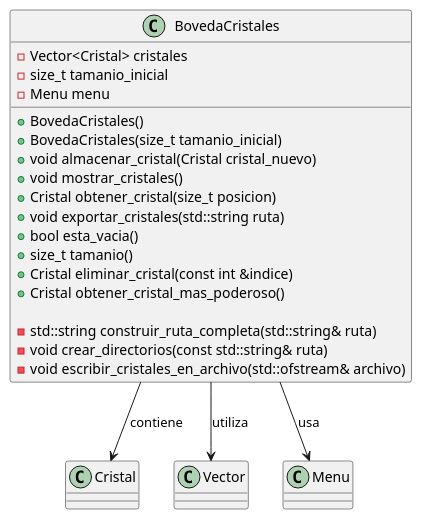
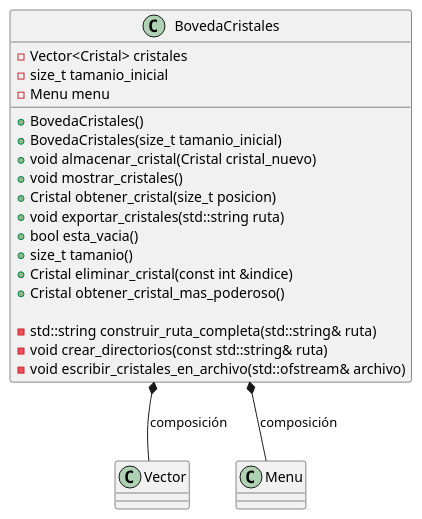
Before and after one commit to guillsil/Transformers-Game: the diagram in Diagramas-UML/BovedaCristales.puml, drawn with PlantUML. The commit also changed 8 other files, not shown here.

```diff
--- a/Diagramas-UML/BovedaCristales.puml
+++ b/Diagramas-UML/BovedaCristales.puml
@@ -1,32 +1,30 @@
 @startuml
 'https://plantuml.com/class-diagram
-class Cristal
 class Vector
 class Menu
 
 class BovedaCristales {
     - Vector<Cristal> cristales
     - size_t tamanio_inicial
     - Menu menu
 
     + BovedaCristales()
     + BovedaCristales(size_t tamanio_inicial)
     + void almacenar_cristal(Cristal cristal_nuevo)
     + void mostrar_cristales()
     + Cristal obtener_cristal(size_t posicion)
     + void exportar_cristales(std::string ruta)
     + bool esta_vacia()
     + size_t tamanio()
     + Cristal eliminar_cristal(const int &indice)
     + Cristal obtener_cristal_mas_poderoso()
 
     - std::string construir_ruta_completa(std::string& ruta)
     - void crear_directorios(const std::string& ruta)
     - void escribir_cristales_en_archivo(std::ofstream& archivo)
 }
 
 ' Relaciones
-BovedaCristales  -->  Cristal : "contiene"
-BovedaCristales  --> Vector : "utiliza"
-BovedaCristales  -->  Menu : "usa"
+BovedaCristales *-- Vector : "composición"
+BovedaCristales *-- Menu : "composición"
 @enduml
```
